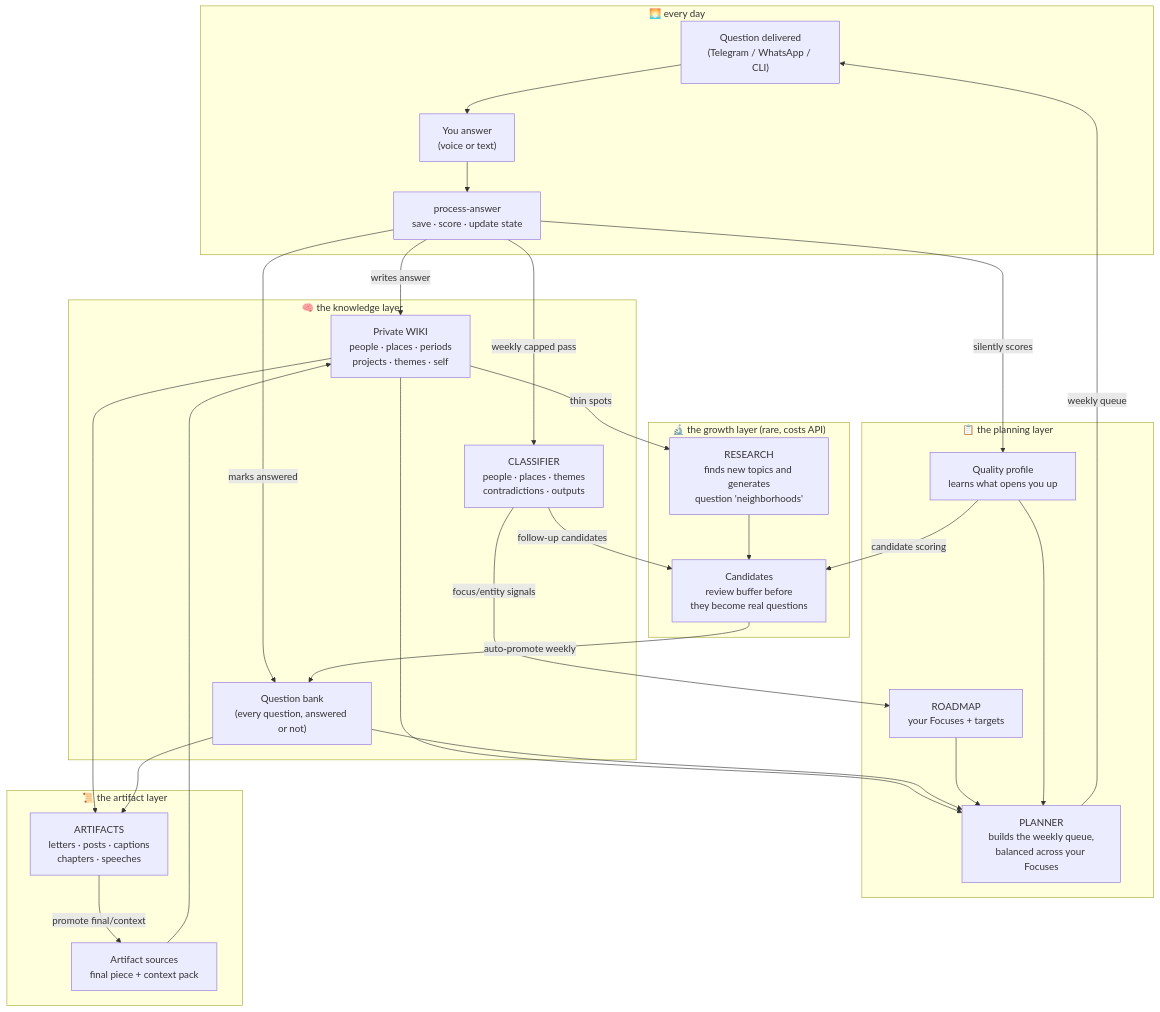
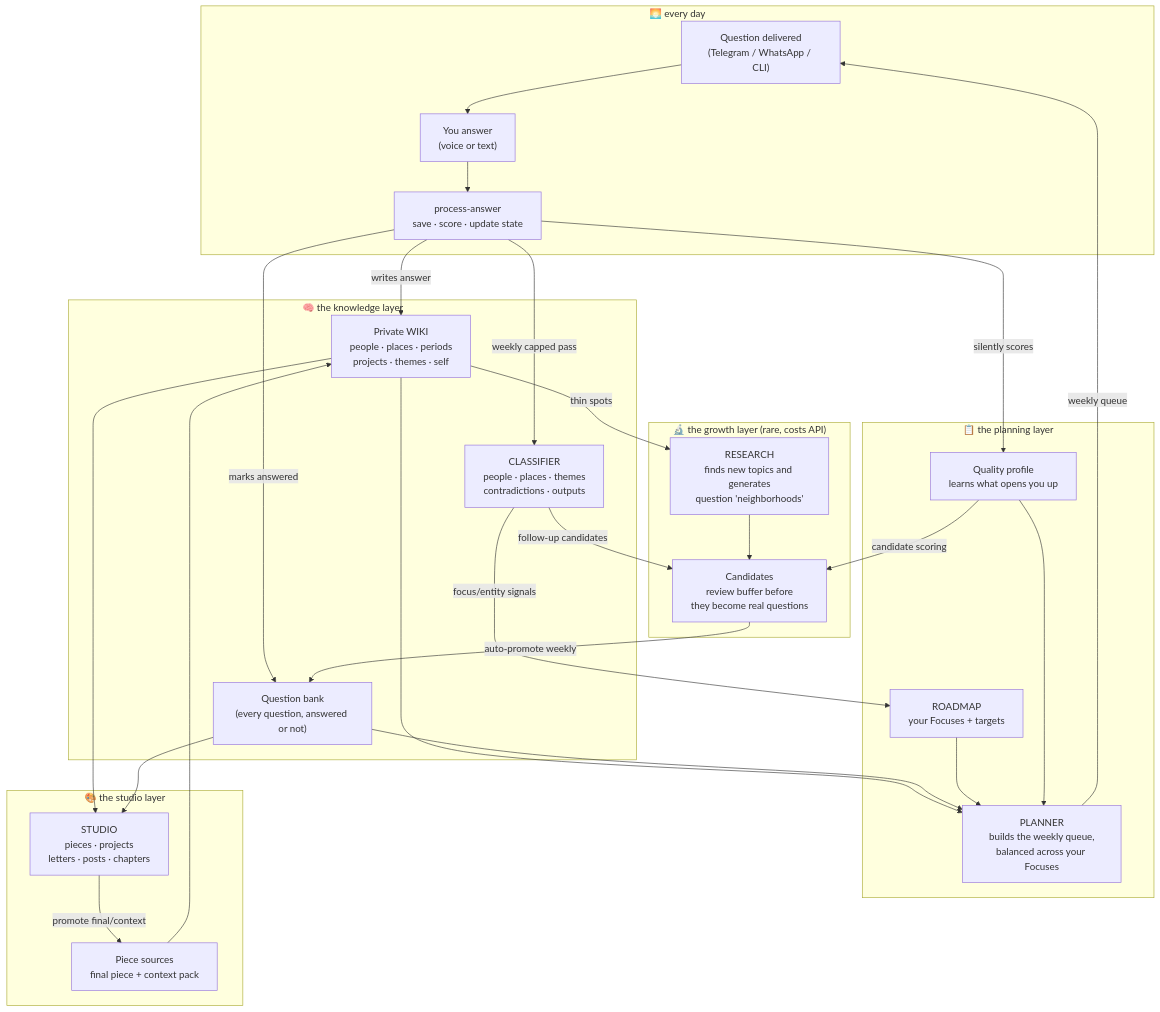
One commit to lifehug/lifehug changed the first of 9 diagrams in README.md. Above: the diagram before and after it, drawn with Mermaid. The commit also changed other lines of this file and 7 other files, not shown here.

First line of the commit message:
feat: the Studio — one place for projects and pieces (v127)

````diff
--- a/README.md
+++ b/README.md
@@ -51,52 +54,52 @@
 ```mermaid
 flowchart TB
     subgraph daily["🌅 every day"]
         Q["Question delivered<br/>(Telegram / WhatsApp / CLI)"]
         A["You answer<br/>(voice or text)"]
         P["process-answer<br/>save · score · update state"]
         Q --> A --> P
     end
 
     subgraph brain["🧠 the knowledge layer"]
         W["Private WIKI<br/>people · places · periods<br/>projects · themes · self"]
         CL["CLASSIFIER<br/>people · places · themes<br/>contradictions · outputs"]
         QB["Question bank<br/>(every question, answered or not)"]
     end
 
     subgraph think["📋 the planning layer"]
         PL["PLANNER<br/>builds the weekly queue,<br/>balanced across your Focuses"]
         RM["ROADMAP<br/>your Focuses + targets"]
         QP["Quality profile<br/>learns what opens you up"]
     end
 
     subgraph grow["🔬 the growth layer (rare, costs API)"]
         RE["RESEARCH<br/>finds new topics and generates<br/>question 'neighborhoods'"]
         CA["Candidates<br/>review buffer before<br/>they become real questions"]
     end
 
-    subgraph make["📜 the artifact layer"]
-        OUT["ARTIFACTS<br/>letters · posts · captions<br/>chapters · speeches"]
-        SRC["Artifact sources<br/>final piece + context pack"]
+    subgraph make["🎨 the studio layer"]
+        OUT["STUDIO<br/>pieces · projects<br/>letters · posts · chapters"]
+        SRC["Piece sources<br/>final piece + context pack"]
     end
 
     P -->|writes answer| W
     P -->|weekly capped pass| CL
     P -->|marks answered| QB
     P -->|silently scores| QP
     CL -->|follow-up candidates| CA
     CL -->|focus/entity signals| RM
     W --> PL
     QB --> PL
     RM --> PL
     QP --> PL
     PL -->|weekly queue| Q
     W -->|thin spots| RE
     RE --> CA
     CA -->|auto-promote weekly| QB
 
     W --> OUT
     QB --> OUT
     OUT -->|promote final/context| SRC
     SRC --> W
     QP -->|candidate scoring| CA
 ```
````
